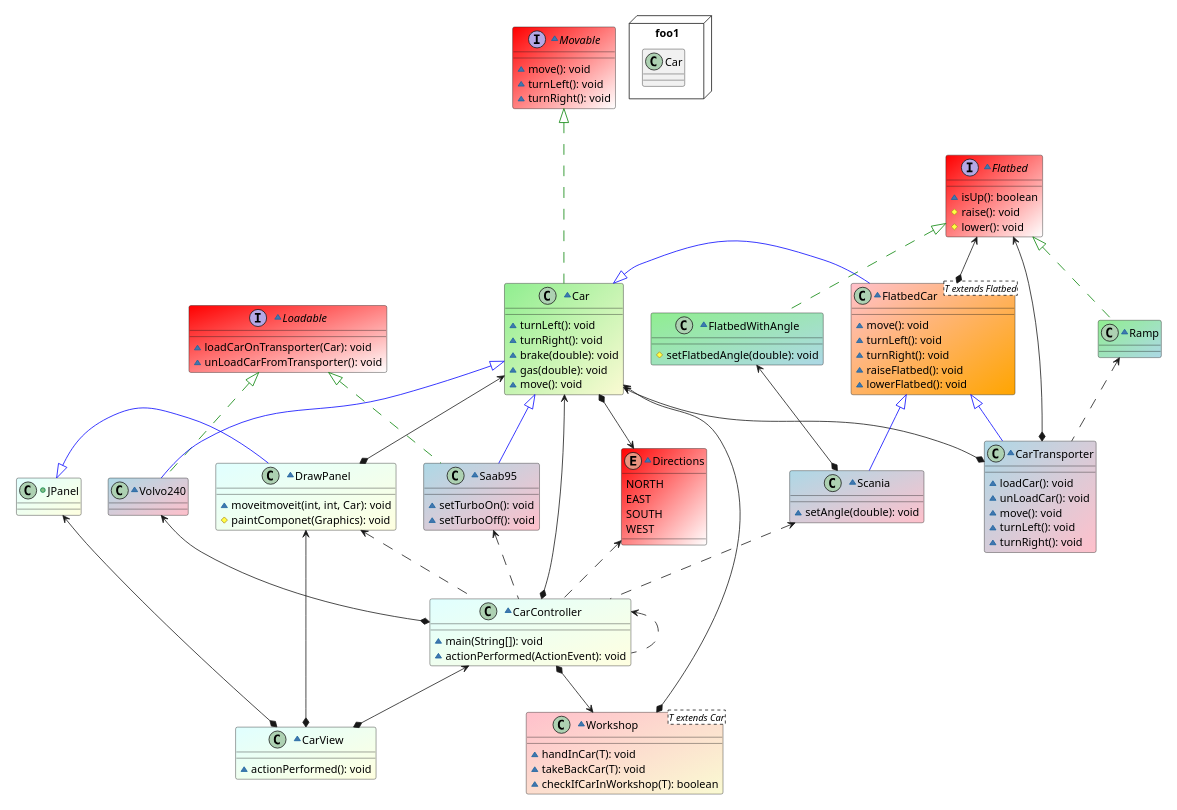
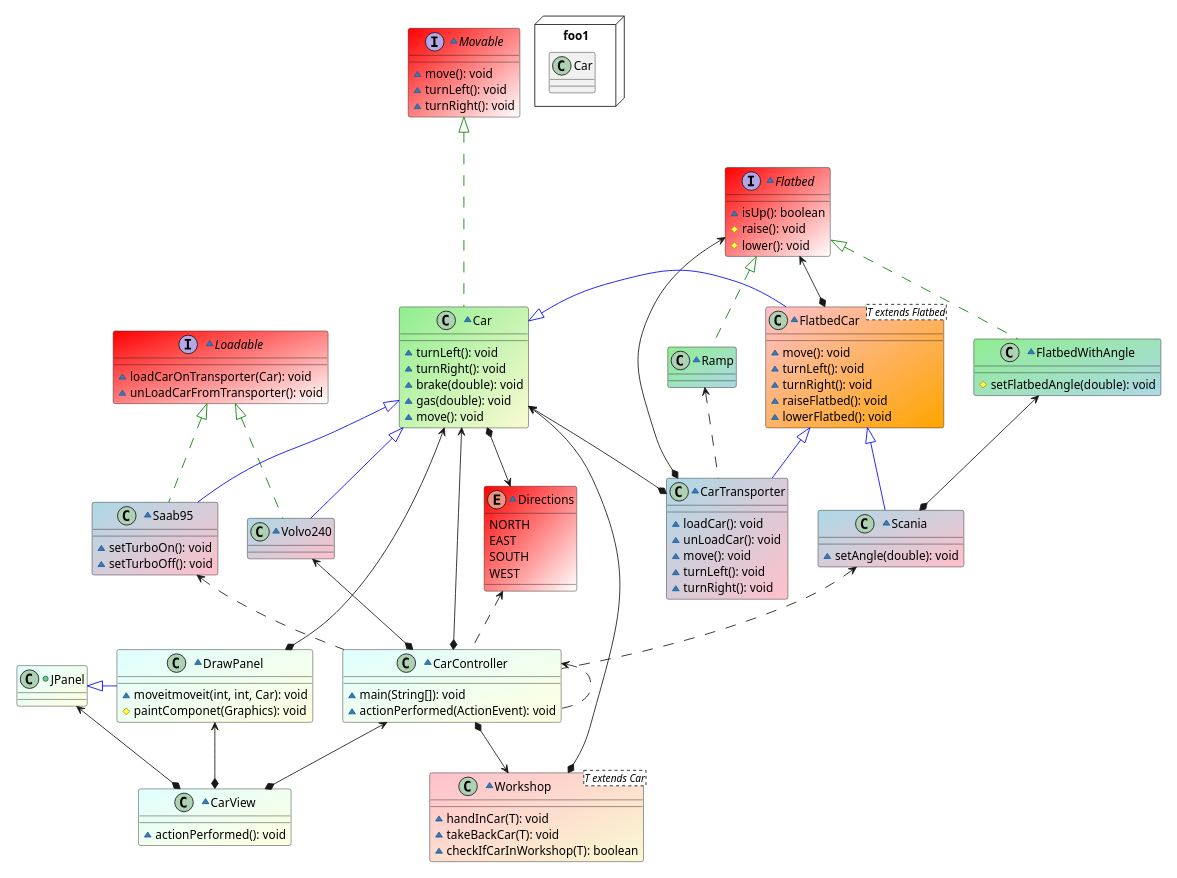
Before and after one commit to matildalysmark/lab1: the diagram in src/UML_after_changes.puml, drawn with PlantUML. The commit also changed 3 other files, not shown here.

```diff
--- a/src/UML_after_changes.puml
+++ b/src/UML_after_changes.puml
@@ -1,157 +1,156 @@
 @startuml
 'https://plantuml.com/class-diagram
 
 abstract class FlatbedCar
 abstract class Workshop
 interface Movable
 interface Flatbed
 interface Loadable
 
 
 +class JPanel #lightcyan/lightyellow {
 }
 JPanel <|-[#blue] DrawPanel
 JPanel <--* CarView
 
 ~interface Movable #red/white{
 {method} ~ move(): void
 {method} ~ turnLeft(): void
 {method} ~ turnRight(): void
 
 }
 Movable <|.[#green].. Car
 
 ~interface Loadable #red/white {
 {method} ~loadCarOnTransporter(Car): void
 {method} ~unLoadCarFromTransporter(): void
 }
 Loadable <|.[#green]. Volvo240
 Loadable <|.[#green]. Saab95
 
 
 ~interface Flatbed #red/white
 {
 {method} ~isUp(): boolean
 {method} #raise(): void
 {method} #lower(): void
 }
 
 Flatbed <|.[#green]. Ramp
 Flatbed <|.[#green]. FlatbedWithAngle
 Flatbed <--* FlatbedCar
 Flatbed <--* CarTransporter
 
 ~class Car #LightGreen/LightGoldenRodYellow
 {
 {method} ~turnLeft(): void
 {method} ~turnRight(): void
 {method} ~brake(double): void
 {method} ~gas(double): void
 {method} ~move(): void
 }
 Car *--> Directions
 Car <--* CarController
 Car <--* CarTransporter
 Car <--* Workshop
 Car <--* DrawPanel
 
 
 Car <|-[#blue] FlatbedCar
 Car <|-[#blue]- Saab95
 Car <|-[#blue]- Volvo240
 
 
 
 
 
 ~class Saab95 #lightblue/pink{
 {method} ~setTurboOn(): void
 {method} ~setTurboOff(): void
 }
 Saab95 <.. CarController
 
 ~class Volvo240 #lightblue/pink{
 }
 Volvo240 <--* CarController
 
 ~class Scania #lightblue/pink{
 {method} ~setAngle(double): void
 
 }
 Scania <.. CarController
 
 ~class CarTransporter #lightblue/pink{
 {method} ~loadCar(): void
 {method} ~unLoadCar(): void
 {method} ~move(): void
 {method} ~turnLeft(): void
 {method} ~turnRight(): void
 }
 
 ~class Ramp #lightgreen/lightblue{
 }
 Ramp <.. CarTransporter
 
 
 ~class FlatbedWithAngle #lightgreen/lightblue{
 {method} #setFlatbedAngle(double): void
 }
 FlatbedWithAngle <--*Scania
 
 ~class DrawPanel #lightcyan/lightyellow {
 {method} ~moveitmoveit(int, int, Car): void
 {method} #paintComponet(Graphics): void
 }
 DrawPanel <--* CarView
-DrawPanel <.. CarController
 
 
 ~class CarView #lightcyan/lightyellow {
 {method} ~actionPerformed(): void
 }
 
 
 ~class CarController #lightcyan/lightyellow {
 {method} ~main(String[]): void
 {method} ~actionPerformed(ActionEvent): void
 }
 CarController *--> Workshop
 CarController <--* CarView
 CarController <.. CarController
 
 
 ~class Workshop<T extends Car> #pink/LightGoldenRodYellow
 {
 {method} ~handInCar(T): void
 {method} ~takeBackCar(T): void
 {method} ~checkIfCarInWorkshop(T): boolean
 }
 
 
 ~class FlatbedCar<T extends Flatbed> #pink/orange
 {
 {method} ~ move(): void
 {method} ~ turnLeft(): void
 {method} ~ turnRight(): void
 {method} ~ raiseFlatbed(): void
 {method} ~ lowerFlatbed(): void
 }
 FlatbedCar <|-[#blue]- Scania
 FlatbedCar <|-[#blue]- CarTransporter
 
 
 scale 750 width
 package foo1 <<Node>> {
   class Car
 }
 
 
 ~enum Directions #red/white {
 NORTH
 EAST
 SOUTH
 WEST
 }
 Directions <.. CarController
 
 @enduml
```
